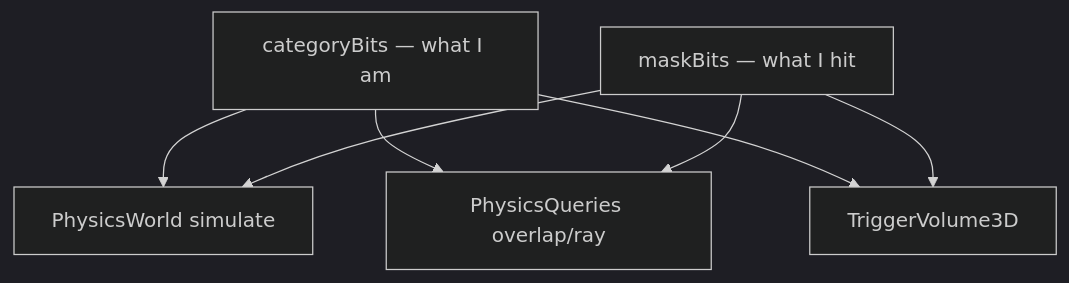
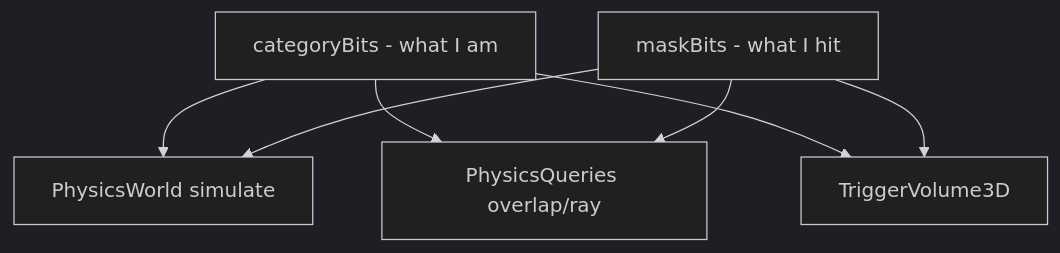
The diagram in docs/programming-guide/5-physics/08-collision-layers-and-filters.md (hoihky/spark), drawn with Mermaid (dark theme) before and after one commit. The commit also changed 31 other files, not shown here.

Commit message:
fix diagram syntax error

````diff
--- a/docs/programming-guide/5-physics/08-collision-layers-and-filters.md
+++ b/docs/programming-guide/5-physics/08-collision-layers-and-filters.md
@@ -32,11 +32,11 @@
 ```mermaid
 flowchart TB
-  Cat[categoryBits — what I am]
-  Mask[maskBits — what I hit]
+  Cat["categoryBits - what I am"]
+  Mask["maskBits - what I hit"]
   Cat --> Sim[PhysicsWorld simulate]
   Mask --> Sim
-  Cat --> Q[PhysicsQueries overlap/ray]
+  Cat --> Q["PhysicsQueries overlap/ray"]
   Mask --> Q
   Cat --> T[TriggerVolume3D]
   Mask --> T
 ```
````
